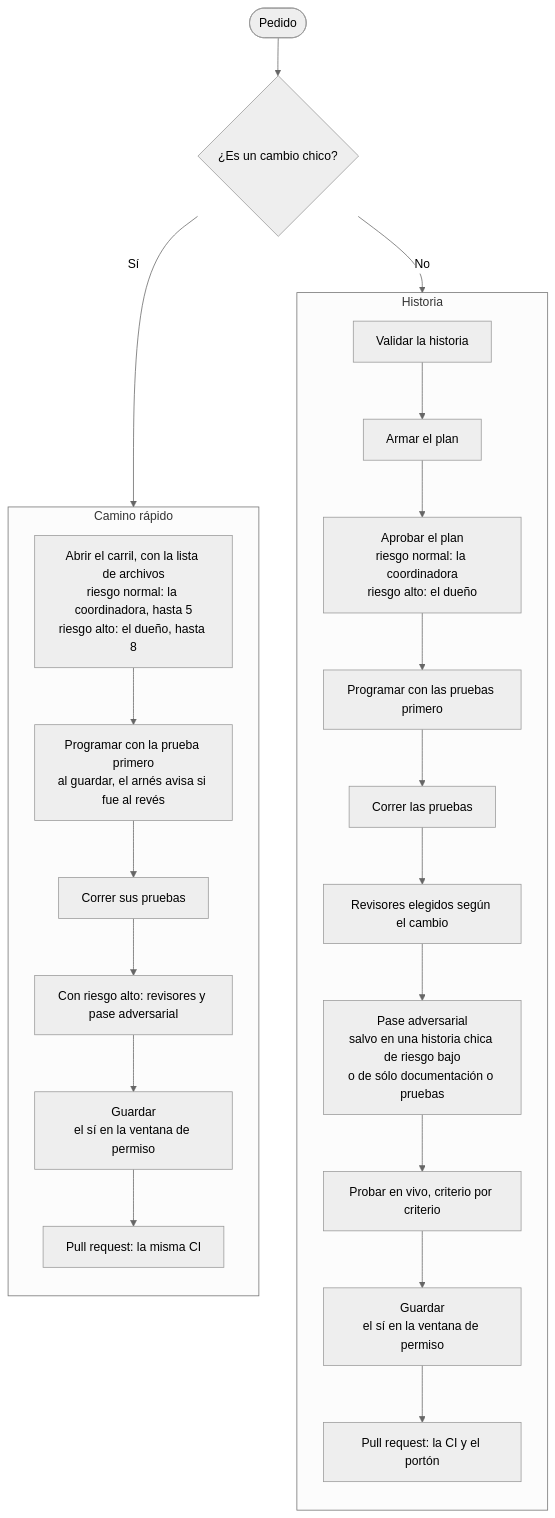
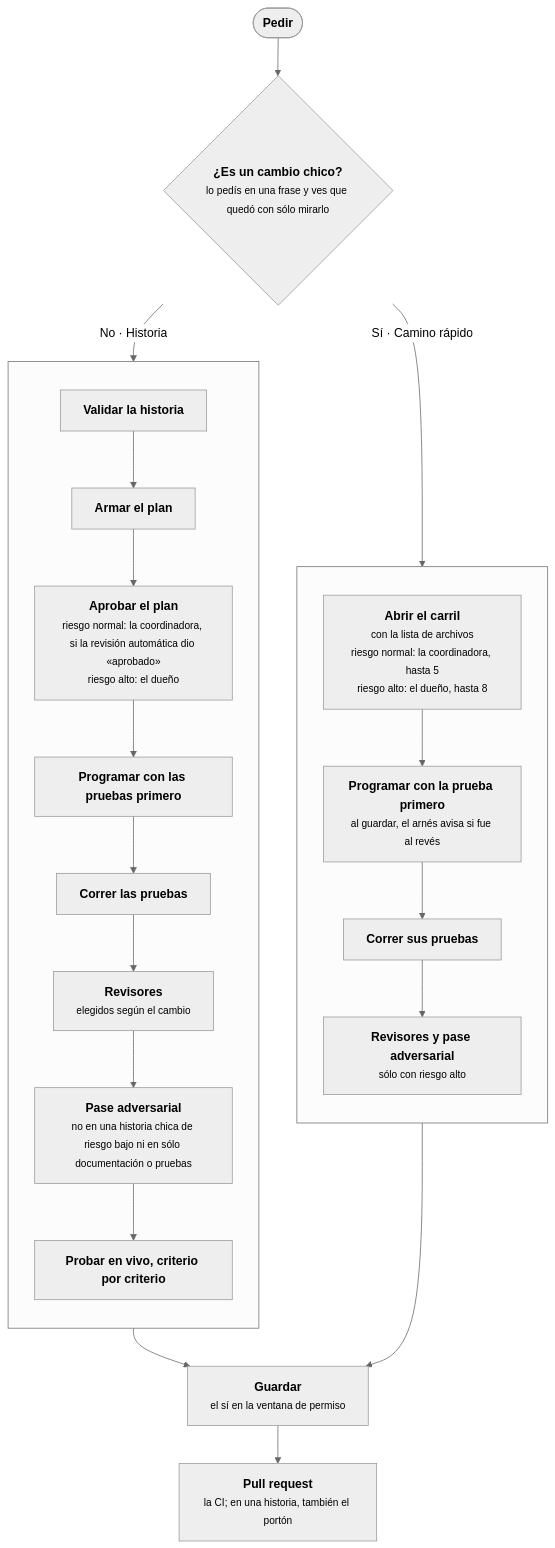
Before and after one commit to TYCON-SA/tycon-harness: the diagram in README.es.md, drawn with Mermaid (neutral theme). The commit also changed 1 other file, not shown here.

Commit message:
docs(portada): el diagrama único, igual que el de la miniclase
Pedir arriba; el camino rápido a la izquierda y la historia a la derecha; Guardar y Pull request
una sola vez abajo, con las dos ramas llegando ahí. Títulos en negrita y aclaraciones en letra
chica, con los textos del §6 de la fuente única.

````diff
--- a/README.es.md
+++ b/README.es.md
@@ -53,26 +53,25 @@
 ```mermaid
 flowchart TB
-  pedido(["Pedido"]) --> tamano{"¿Es un cambio chico?"}
-  tamano -- "No" --> h1
-  tamano -- "Sí" --> r1
-  subgraph historia ["Historia"]
+  pedir(["<b>Pedir</b>"]) --> chico{"<b>¿Es un cambio chico?</b><br/><small>lo pedís en una frase y ves que quedó con sólo mirarlo</small>"}
+  chico -- "Sí · Camino rápido" --> r1
+  chico -- "No · Historia" --> h1
+  subgraph rapido [" "]
     direction TB
-    h1["Validar la historia"] --> h2["Armar el plan"]
-    h2 --> h3["Aprobar el plan<br/>riesgo normal: la coordinadora<br/>riesgo alto: el dueño"]
-    h3 --> h4["Programar con las pruebas primero"]
-    h4 --> h5["Correr las pruebas"]
-    h5 --> h6["Revisores elegidos según el cambio"]
-    h6 --> h7["Pase adversarial<br/>salvo en una historia chica de riesgo bajo<br/>o de sólo documentación o pruebas"]
-    h7 --> h8["Probar en vivo, criterio por criterio"]
-    h8 --> h9["Guardar<br/>el sí en la ventana de permiso"]
-    h9 --> h10["Pull request: la CI y el portón"]
+    r1["<b>Abrir el carril</b><br/><small>con la lista de archivos<br/>riesgo normal: la coordinadora, hasta 5<br/>riesgo alto: el dueño, hasta 8</small>"] --> r2["<b>Programar con la prueba primero</b><br/><small>al guardar, el arnés avisa si fue al revés</small>"]
+    r2 --> r3["<b>Correr sus pruebas</b>"]
+    r3 --> r4["<b>Revisores y pase adversarial</b><br/><small>sólo con riesgo alto</small>"]
   end
-  subgraph rapido ["Camino rápido"]
+  subgraph historia [" "]
     direction TB
-    r1["Abrir el carril, con la lista de archivos<br/>riesgo normal: la coordinadora, hasta 5<br/>riesgo alto: el dueño, hasta 8"] --> r2["Programar con la prueba primero<br/>al guardar, el arnés avisa si fue al revés"]
-    r2 --> r2b["Correr sus pruebas"]
-    r2b --> r3["Con riesgo alto: revisores y pase adversarial"]
-    r3 --> r4["Guardar<br/>el sí en la ventana de permiso"]
-    r4 --> r5["Pull request: la misma CI"]
+    h1["<b>Validar la historia</b>"] --> h2["<b>Armar el plan</b>"]
+    h2 --> h3["<b>Aprobar el plan</b><br/><small>riesgo normal: la coordinadora, si la revisión automática dio «aprobado»<br/>riesgo alto: el dueño</small>"]
+    h3 --> h4["<b>Programar con las pruebas primero</b>"]
+    h4 --> h5["<b>Correr las pruebas</b>"]
+    h5 --> h6["<b>Revisores</b><br/><small>elegidos según el cambio</small>"]
+    h6 --> h7["<b>Pase adversarial</b><br/><small>no en una historia chica de riesgo bajo ni en sólo documentación o pruebas</small>"]
+    h7 --> h8["<b>Probar en vivo, criterio por criterio</b>"]
   end
+  r4 --> g1["<b>Guardar</b><br/><small>el sí en la ventana de permiso</small>"]
+  h8 --> g1
+  g1 --> g2["<b>Pull request</b><br/><small>la CI#59; en una historia, también el portón</small>"]
 ```
````
